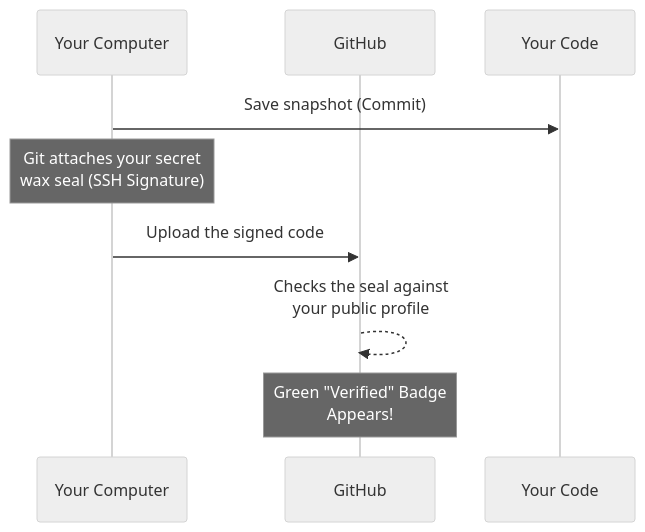
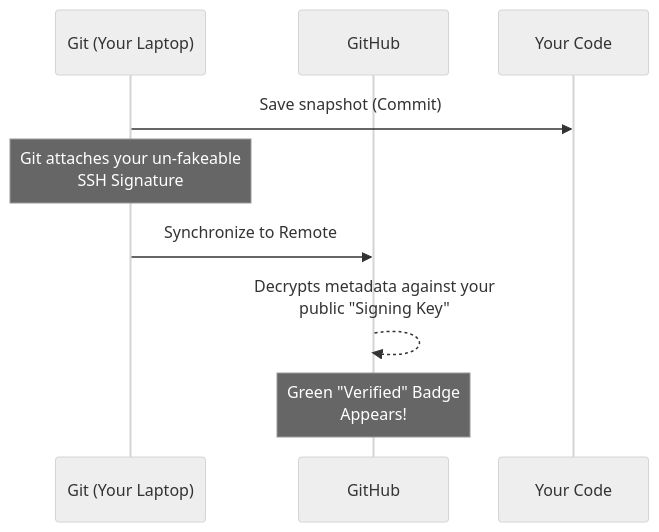
The diagram in docs/05-commit-signing.md (orgbitbybitdevs/github-starter), drawn with Mermaid (neutral theme) before and after one commit. The commit also changed other lines of this file and 14 other files, not shown here.

````diff
--- a/docs/05-commit-signing.md
+++ b/docs/05-commit-signing.md
@@ -15,11 +17,11 @@
 ```mermaid
 sequenceDiagram
-    participant You as Your Computer
+    participant You as Git (Your Laptop)
     participant GitHub
     
     You->>Your Code: Save snapshot (Commit)
-    Note over You: Git attaches your secret<br/>wax seal (SSH Signature)
-    You->>GitHub: Upload the signed code
-    GitHub-->>GitHub: Checks the seal against<br/>your public profile
+    Note over You: Git attaches your un-fakeable<br/>SSH Signature 
+    You->>GitHub: Synchronize to Remote
+    GitHub-->>GitHub: Decrypts metadata against your<br/>public "Signing Key"
     Note over GitHub: Green "Verified" Badge<br/>Appears!
 ```
````
